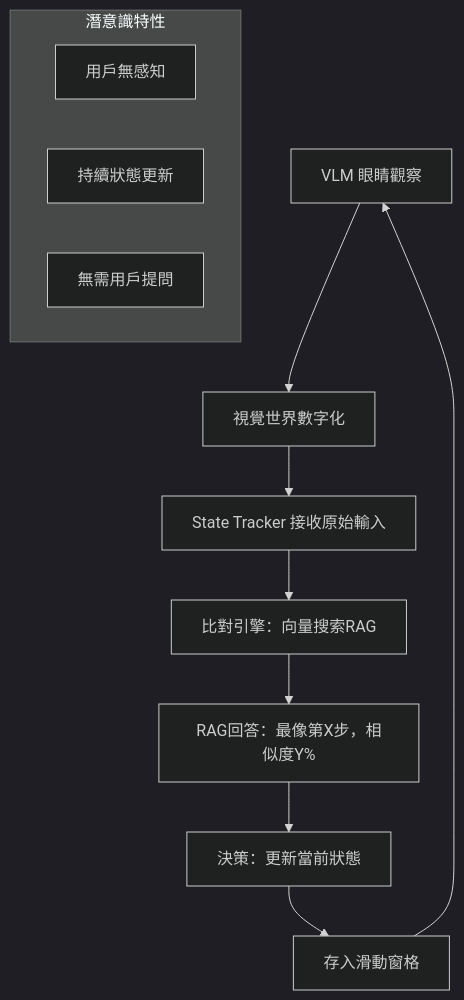
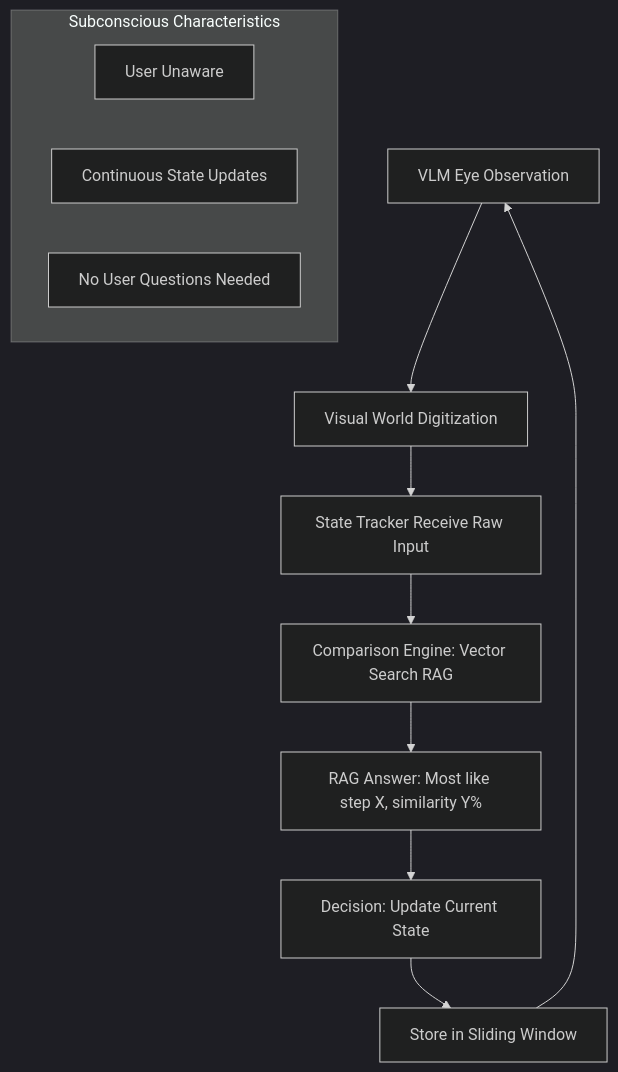
One commit to yitzuliu/DissertationDemo changed the first of 5 diagrams in .kiro/specs/memory-system/design.md. Above: the diagram before and after it, drawn with Mermaid (dark theme). The commit also changed other lines of this file and 5 other files, not shown here.

````diff
--- a/.kiro/specs/memory-system/design.md
+++ b/.kiro/specs/memory-system/design.md
@@ -15,16 +15,16 @@
 ```mermaid
 graph TB
-    A[VLM 眼睛觀察] --> B[視覺世界數字化]
-    B --> C[State Tracker 接收原始輸入]
-    C --> D[比對引擎：向量搜索RAG]
-    D --> E[RAG回答：最像第X步，相似度Y%]
-    E --> F[決策：更新當前狀態]
-    F --> G[存入滑動窗格]
+    A[VLM Eye Observation] --> B[Visual World Digitization]
+    B --> C[State Tracker Receive Raw Input]
+    C --> D[Comparison Engine: Vector Search RAG]
+    D --> E[RAG Answer: Most like step X, similarity Y%]
+    E --> F[Decision: Update Current State]
+    F --> G[Store in Sliding Window]
     G --> A
     
-    subgraph "潛意識特性"
-        H[用戶無感知]
-        I[持續狀態更新]
-        J[無需用戶提問]
+    subgraph "Subconscious Characteristics"
+        H[User Unaware]
+        I[Continuous State Updates]
+        J[No User Questions Needed]
     end
 ```
````
